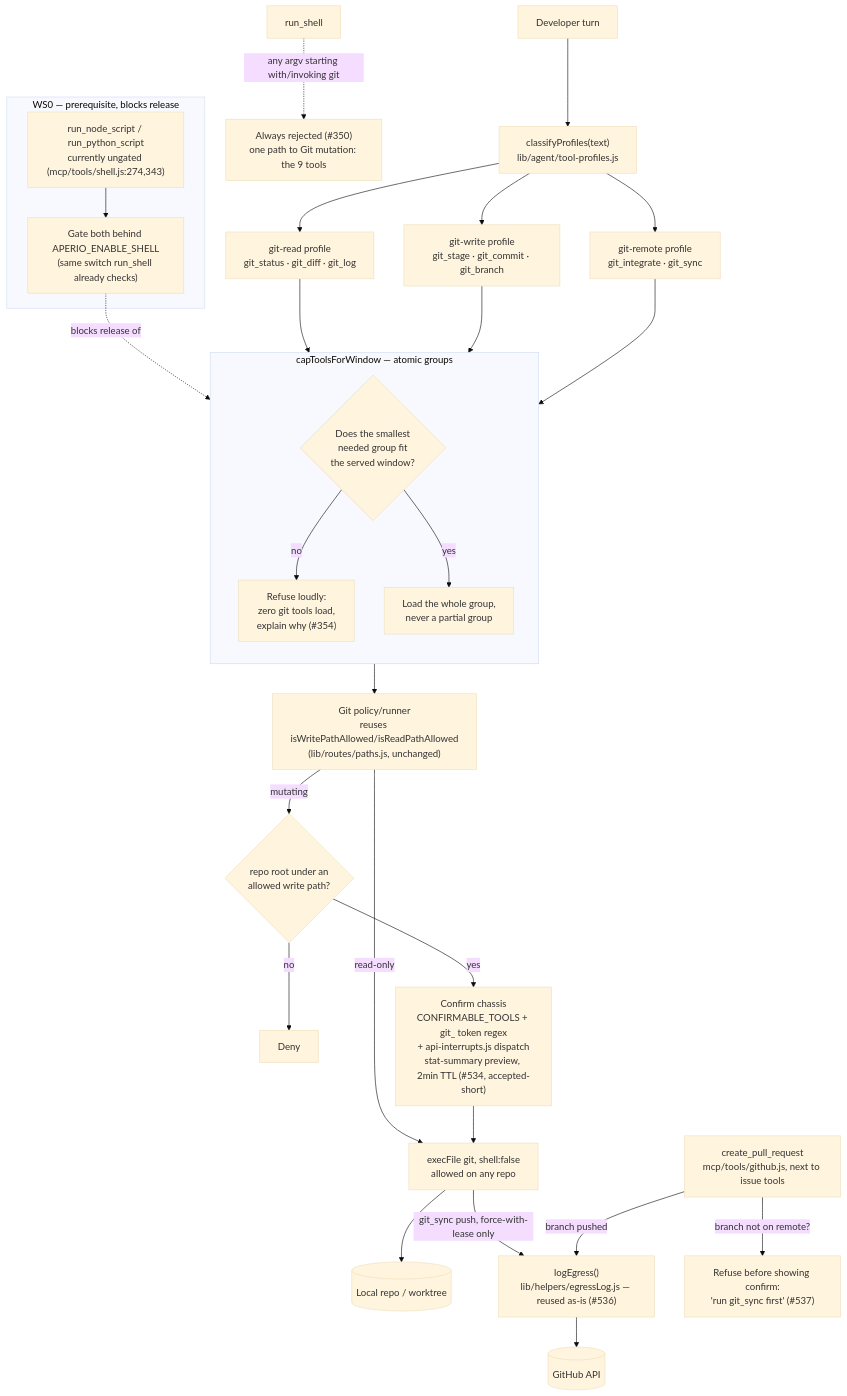
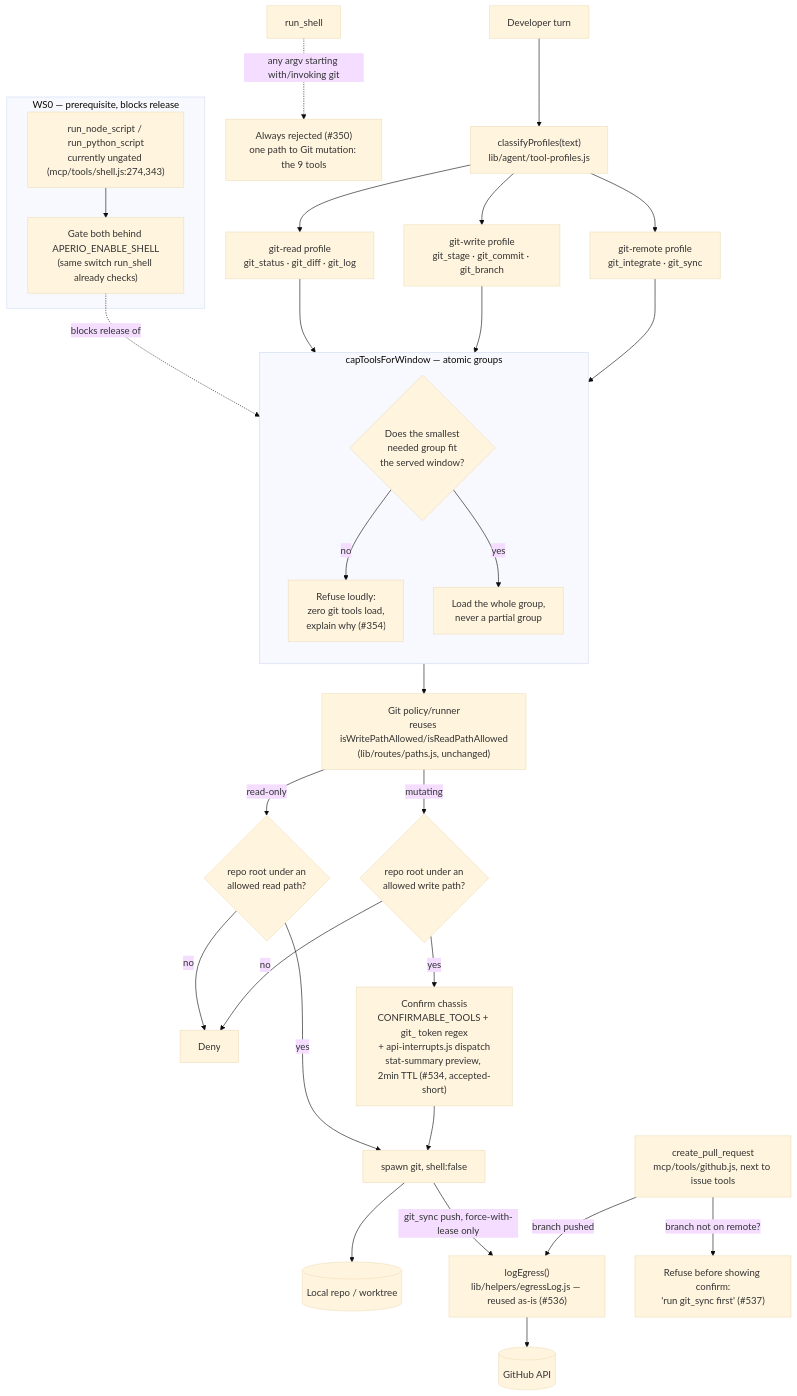
One commit to BaiGanio/aperio changed the diagram in trash/plans/git-copilot/git-copilot.md. Above: the diagram before and after it, drawn with Mermaid (base theme). The commit also changed other lines of this file and 9 other files, not shown here.

````diff
--- a/trash/plans/git-copilot/git-copilot.md
+++ b/trash/plans/git-copilot/git-copilot.md
@@ -19,42 +19,44 @@
 ```mermaid
 flowchart TD
     subgraph WS0["WS0 — prerequisite, blocks release"]
         BYPASS["run_node_script / run_python_script<br/>currently ungated (mcp/tools/shell.js:274,343)"]
         GATE["Gate both behind APERIO_ENABLE_SHELL<br/>(same switch run_shell already checks)"]
         BYPASS --> GATE
     end
 
     U[Developer turn] --> CLS["classifyProfiles(text)<br/>lib/agent/tool-profiles.js"]
     CLS --> GR["git-read profile<br/>git_status · git_diff · git_log"]
     CLS --> GW["git-write profile<br/>git_stage · git_commit · git_branch"]
     CLS --> GM["git-remote profile<br/>git_integrate · git_sync"]
 
     subgraph CAP["capToolsForWindow — atomic groups"]
         direction TB
         FIT{"Does the smallest<br/>needed group fit<br/>the served window?"}
         FIT -->|no| REFUSE["Refuse loudly:<br/>zero git tools load,<br/>explain why (#354)"]
         FIT -->|yes| LOAD["Load the whole group,<br/>never a partial group"]
     end
     GR --> CAP
     GW --> CAP
     GM --> CAP
 
     LOAD --> POLICY["Git policy/runner<br/>reuses isWritePathAllowed/isReadPathAllowed<br/>(lib/routes/paths.js, unchanged)"]
-    POLICY -->|read-only| RUN["execFile git, shell:false<br/>allowed on any repo"]
+    POLICY -->|read-only| RSCOPE{"repo root under an<br/>allowed read path?"}
+    RSCOPE -->|no| DENY
+    RSCOPE -->|yes| RUN["spawn git, shell:false"]
     POLICY -->|mutating| SCOPE{"repo root under an<br/>allowed write path?"}
     SCOPE -->|no| DENY["Deny"]
     SCOPE -->|yes| CONFIRM["Confirm chassis<br/>CONFIRMABLE_TOOLS + git_ token regex<br/>+ api-interrupts.js dispatch<br/>stat-summary preview, 2min TTL (#534, accepted-short)"]
     CONFIRM --> RUN
 
     RUN --> LOCALREPO[(Local repo / worktree)]
     RUN -->|git_sync push, force-with-lease only| EGRESS["logEgress()<br/>lib/helpers/egressLog.js — reused as-is (#536)"]
 
     PR["create_pull_request<br/>mcp/tools/github.js, next to issue tools"]
     PR -->|"branch not on remote?"| REFUSEPR["Refuse before showing confirm:<br/>'run git_sync first' (#537)"]
     PR -->|branch pushed| EGRESS
     EGRESS --> GH[(GitHub API)]
 
     SHELL["run_shell"] -.->|"any argv starting with/invoking git"| BLOCKED["Always rejected (#350)<br/>one path to Git mutation: the 9 tools"]
 
     GATE -.blocks release of.-> LOAD
 ```
````
